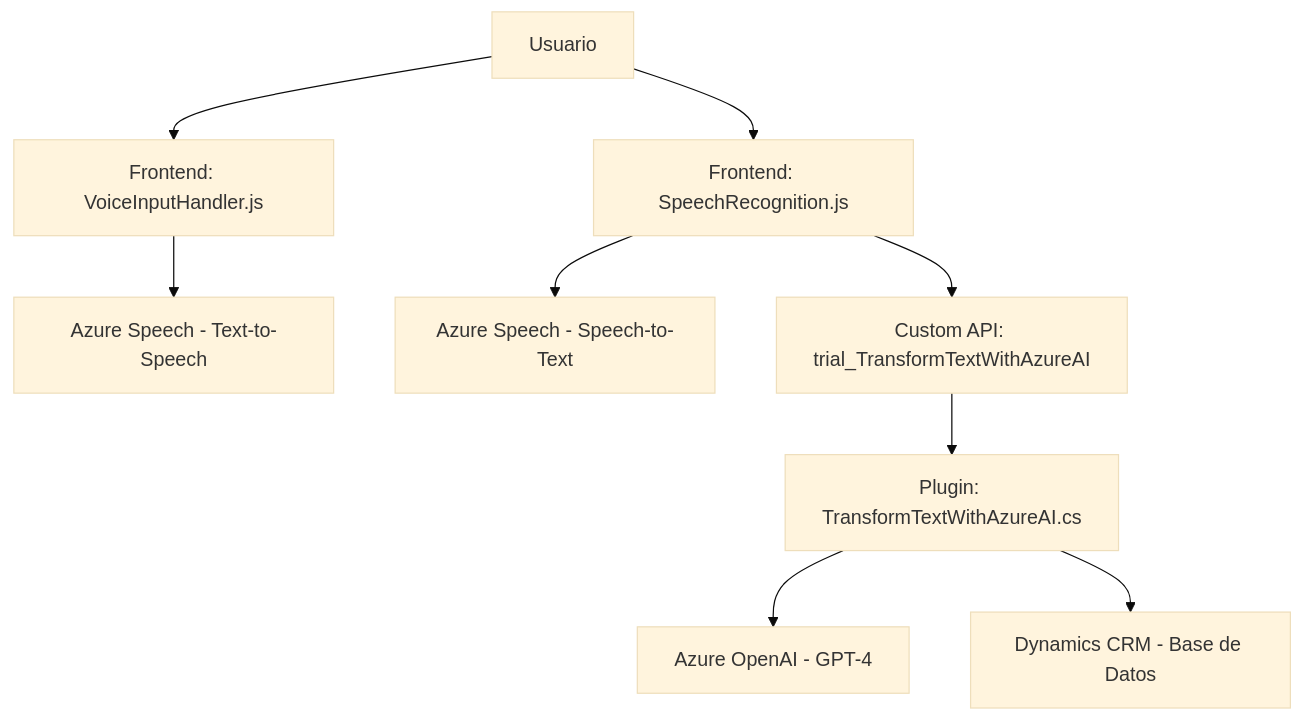
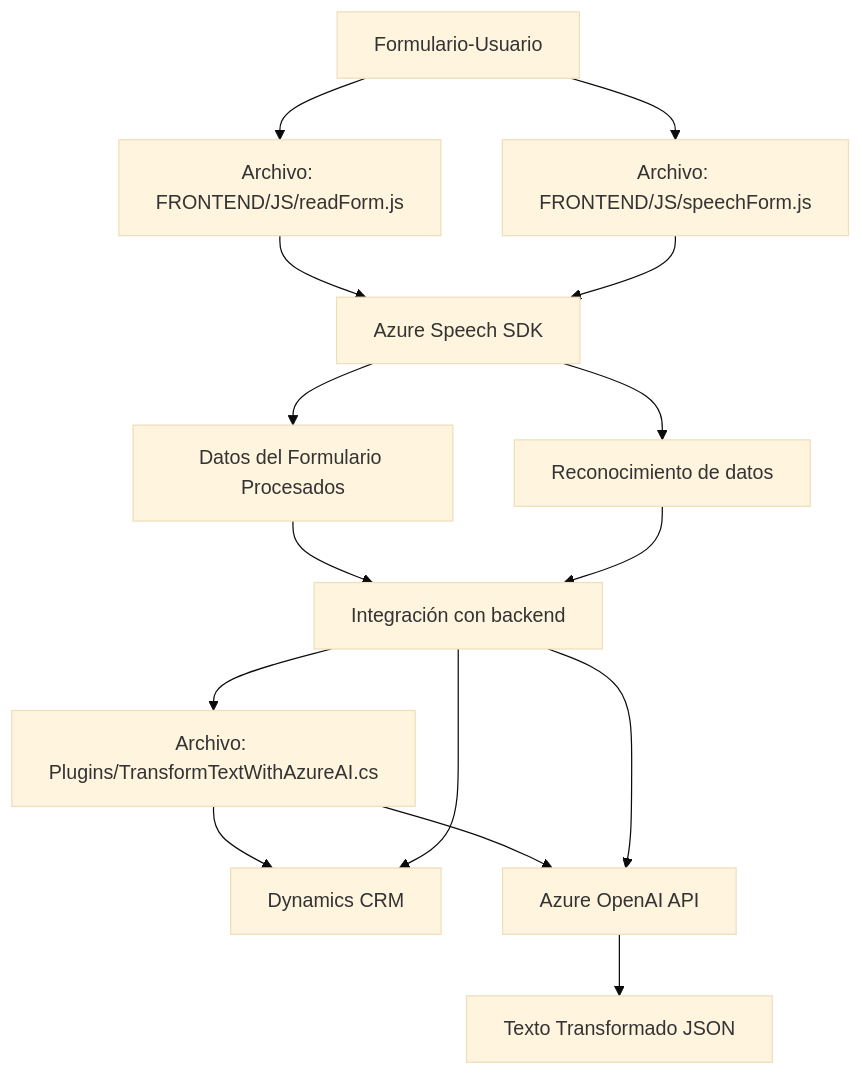
One commit to blopezdm/NETCORE_BILBAO2025 changed the diagram in README.md. Above: the diagram before and after it, drawn with Mermaid (base theme). The commit also changed other lines of this file, not shown here.

Commit message:
Actualizar análisis global de la solución con IA

````diff
--- a/README.md
+++ b/README.md
@@ -38,11 +36,17 @@
 ```mermaid
 graph TD
-    A["Usuario"] --> B["Frontend: VoiceInputHandler.js"]
-    A --> C["Frontend: SpeechRecognition.js"]
-    B --> D["Azure Speech - Text-to-Speech"]
-    C --> E["Azure Speech - Speech-to-Text"]
-    C --> F["Custom API: trial_TransformTextWithAzureAI"]
-    F --> G["Plugin: TransformTextWithAzureAI.cs"]
-    G --> H["Azure OpenAI - GPT-4"]
-    G --> I["Dynamics CRM - Base de Datos"]
+    A["Formulario-Usuario"] --> B["Archivo: FRONTEND/JS/readForm.js"]
+    A["Formulario-Usuario"] --> C["Archivo: FRONTEND/JS/speechForm.js"]
+    B["Archivo: FRONTEND/JS/readForm.js"] --> D["Azure Speech SDK"]
+    C["Archivo: FRONTEND/JS/speechForm.js"] --> D["Azure Speech SDK"]
+    D["Azure Speech SDK"] --> E["Datos del Formulario Procesados"]
+    E["Datos del Formulario Procesados"] --> F["Integración con backend"]
+    F["Integración con backend"] --> G["Archivo: Plugins/TransformTextWithAzureAI.cs"]
+    G["Archivo: Plugins/TransformTextWithAzureAI.cs"] --> H["Dynamics CRM"]
+    G["Archivo: Plugins/TransformTextWithAzureAI.cs"] --> I["Azure OpenAI API"]
+    I["Azure OpenAI API"] --> J["Texto Transformado JSON"]
+    D --> K["Reconocimiento de datos"]
+    K --> F["Integración con backend"]
+    F --> H
+    F --> I
 ```
````
